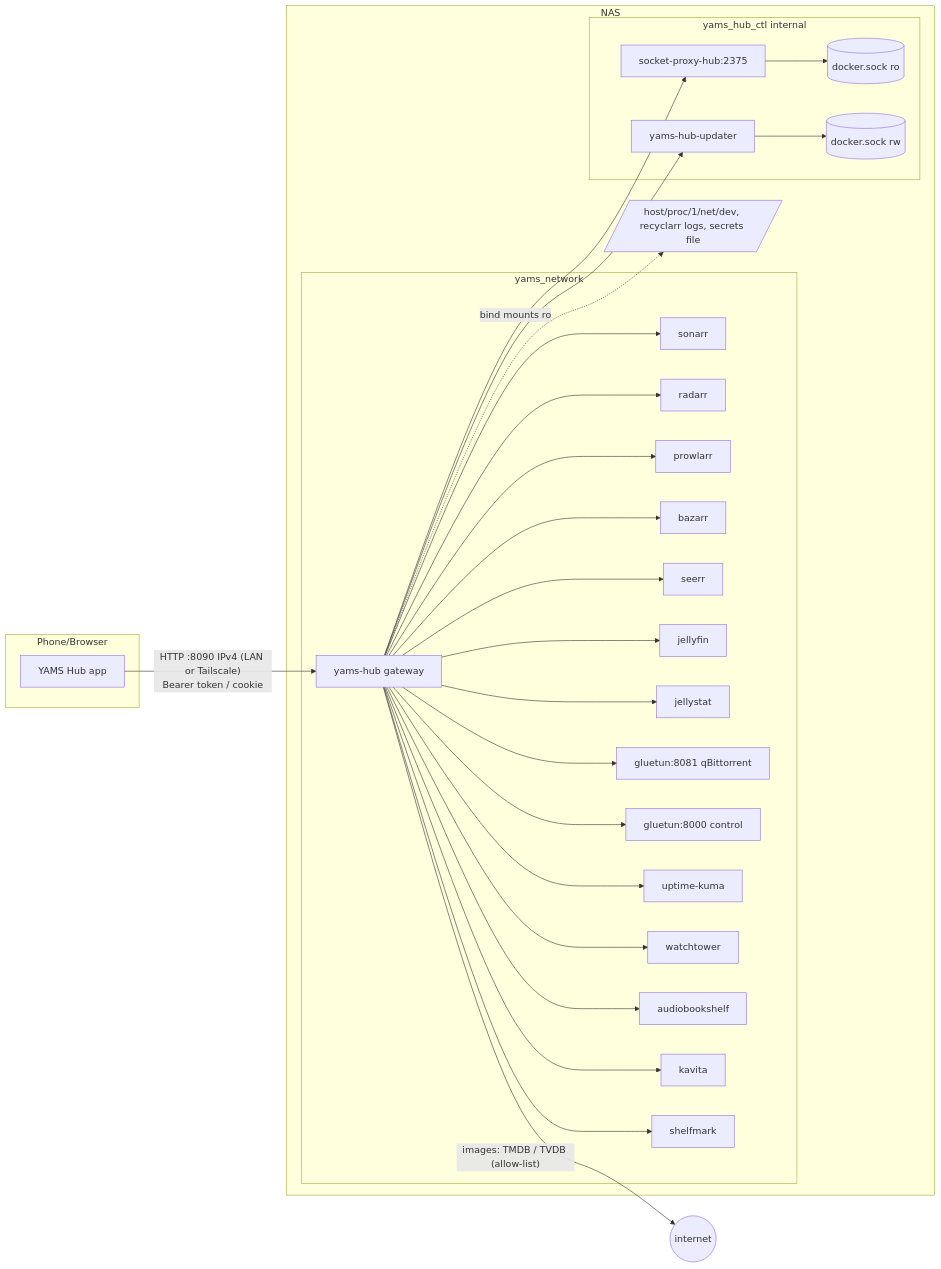
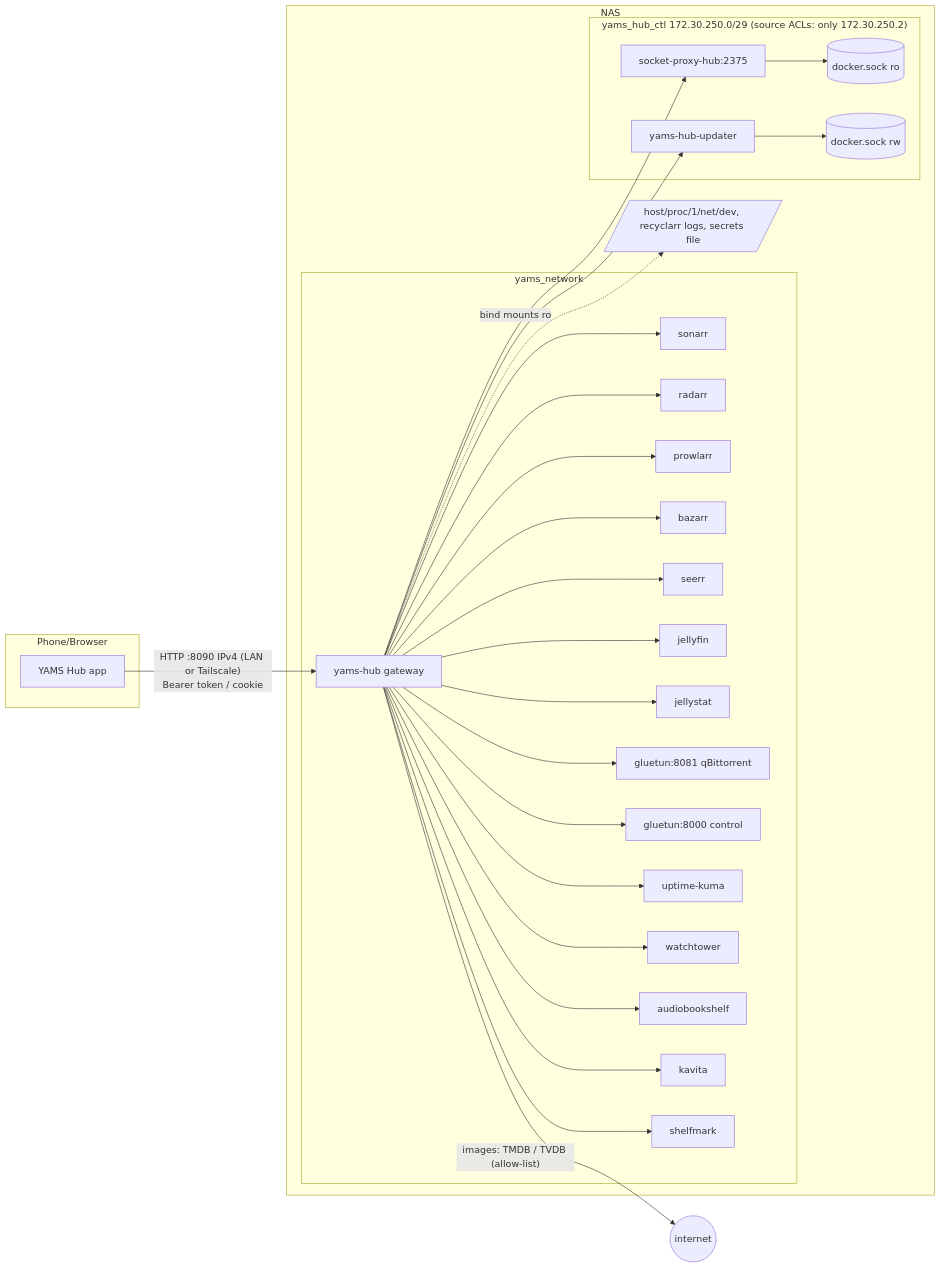
Before and after one commit to SJ-Jordaan/yams-hub: the diagram in docs/ARCHITECTURE.md, drawn with Mermaid. The commit also changed other lines of this file and 16 other files, not shown here.

Commit message:
Control plane: source-IP ACL on socket-proxy-hub and updater allowlist (UGOS DOCKER-USER defeats internal networks)

````diff
--- a/docs/ARCHITECTURE.md
+++ b/docs/ARCHITECTURE.md
@@ -45,20 +48,20 @@
 ```mermaid
 flowchart LR
   subgraph Phone/Browser
     A[YAMS Hub app]
   end
   A -- "HTTP :8090 IPv4 (LAN or Tailscale)\nBearer token / cookie" --> G[yams-hub gateway]
   subgraph NAS
     subgraph yams_network
       G --> S[sonarr] & R[radarr] & P[prowlarr] & B[bazarr] & SE[seerr] & J[jellyfin] & JS[jellystat]
       G --> Q[gluetun:8081 qBittorrent] & GL[gluetun:8000 control]
       G --> UK[uptime-kuma] & W[watchtower] & ABS[audiobookshelf] & K[kavita] & SM[shelfmark]
     end
-    subgraph yams_hub_ctl internal
+    subgraph yams_hub_ctl ["yams_hub_ctl 172.30.250.0/29 (source ACLs: only 172.30.250.2)"]
       G --> SP[socket-proxy-hub:2375] --> D[(docker.sock ro)]
       G --> U[yams-hub-updater] --> D2[(docker.sock rw)]
     end
     G -. "bind mounts ro" .-> H[/host/proc/1/net/dev, recyclarr logs, secrets file/]
   end
   G -- "images: TMDB / TVDB (allow-list)" --> I((internet))
 ```
````
